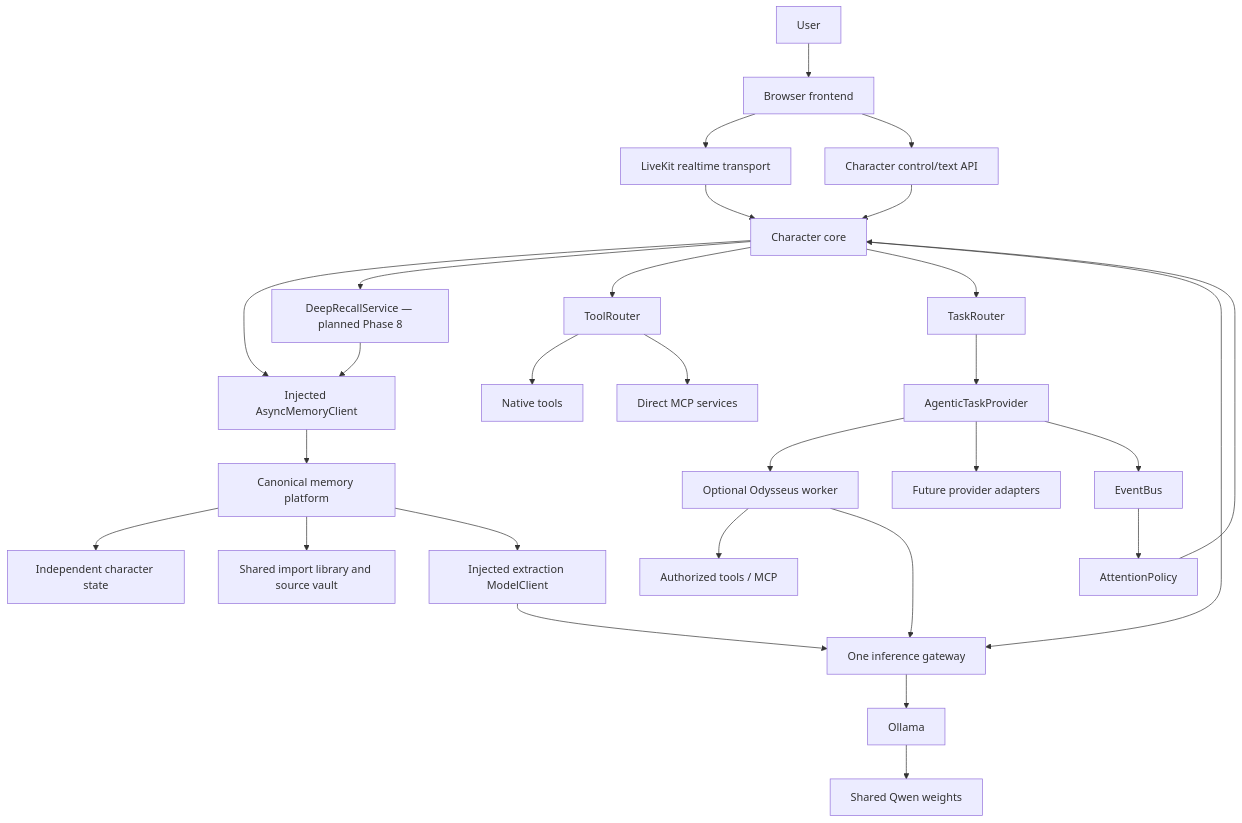
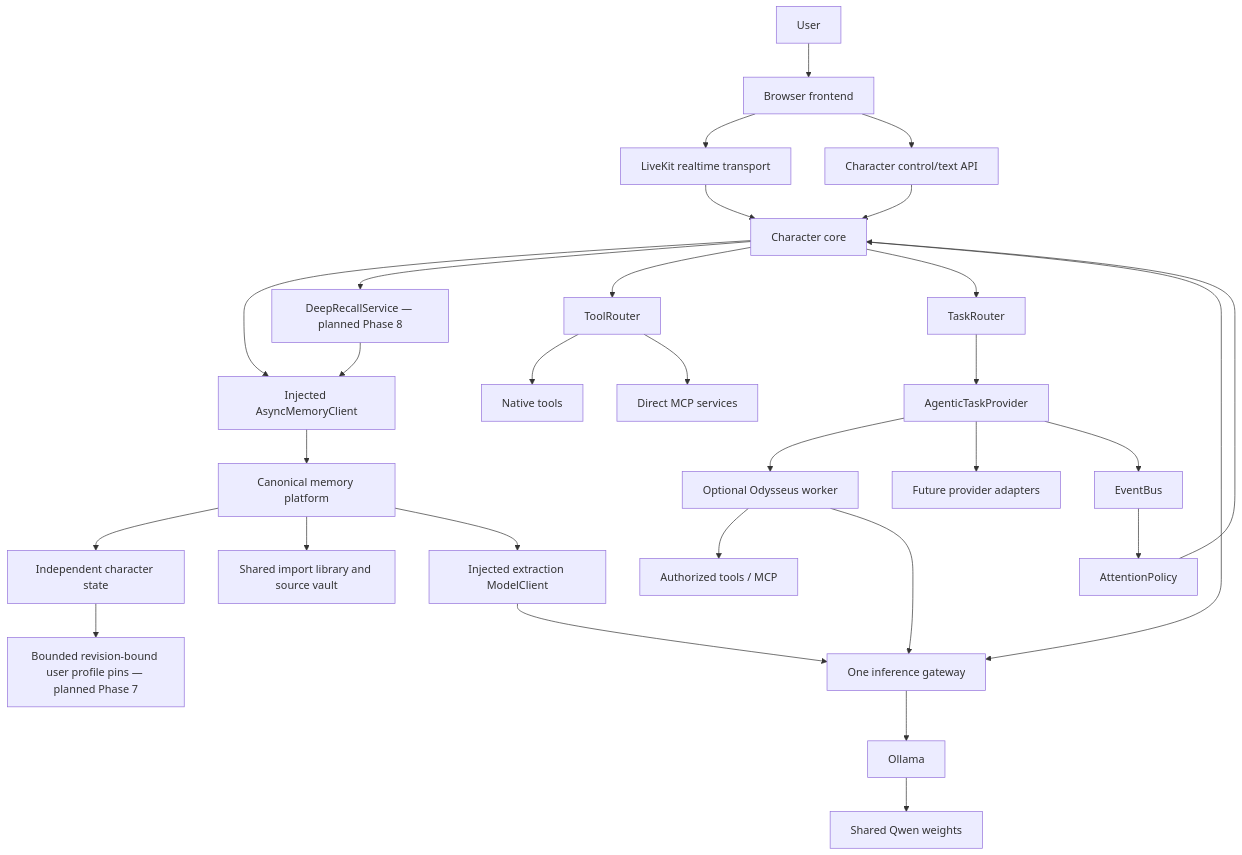
One commit to booinspace/ember changed the second of 4 diagrams in PLAN.md. Above: the diagram before and after it, drawn with Mermaid. The commit also changed other lines of this file and 5 other files, not shown here.

Commit message:
Phase 7 AC update to include user profile in memory recall

````diff
--- a/PLAN.md
+++ b/PLAN.md
@@ -112,36 +112,37 @@
 ```mermaid
 flowchart TD
     User["User"] --> Browser["Browser frontend"]
     Browser --> LiveKit["LiveKit realtime transport"]
     Browser --> API["Character control/text API"]
     LiveKit --> Core["Character core"]
     API --> Core
 
     Core --> MemoryClient["Injected AsyncMemoryClient"]
     Core --> DeepRecall["DeepRecallService — planned Phase 8"]
     DeepRecall --> MemoryClient
     MemoryClient --> Memory["Canonical memory platform"]
     Memory --> Private["Independent character state"]
+    Private --> Profile["Bounded revision-bound user profile pins — planned Phase 7"]
     Memory --> Library["Shared import library and source vault"]
 
     Core --> Tools["ToolRouter"]
     Tools --> Native["Native tools"]
     Tools --> MCP["Direct MCP services"]
 
     Core --> Tasks["TaskRouter"]
     Tasks --> Provider["AgenticTaskProvider"]
     Provider --> Odysseus["Optional Odysseus worker"]
     Provider --> Future["Future provider adapters"]
 
     Odysseus --> WorkerTools["Authorized tools / MCP"]
     Provider --> Events["EventBus"]
     Events --> Attention["AttentionPolicy"]
     Attention --> Core
 
     Core --> Gateway["One inference gateway"]
     Odysseus --> Gateway
     Memory --> ExtractionClient["Injected extraction ModelClient"]
     ExtractionClient --> Gateway
     Gateway --> Ollama["Ollama"]
     Ollama --> Qwen["Shared Qwen weights"]
 ```
````
